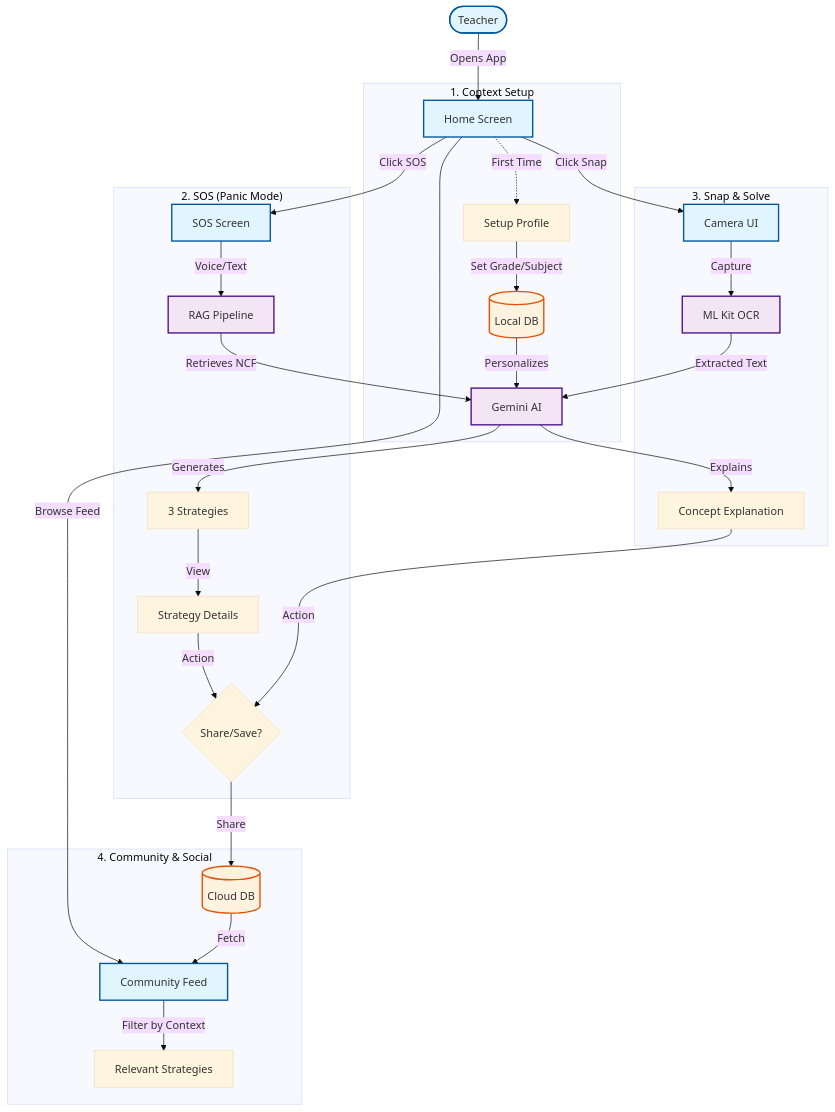
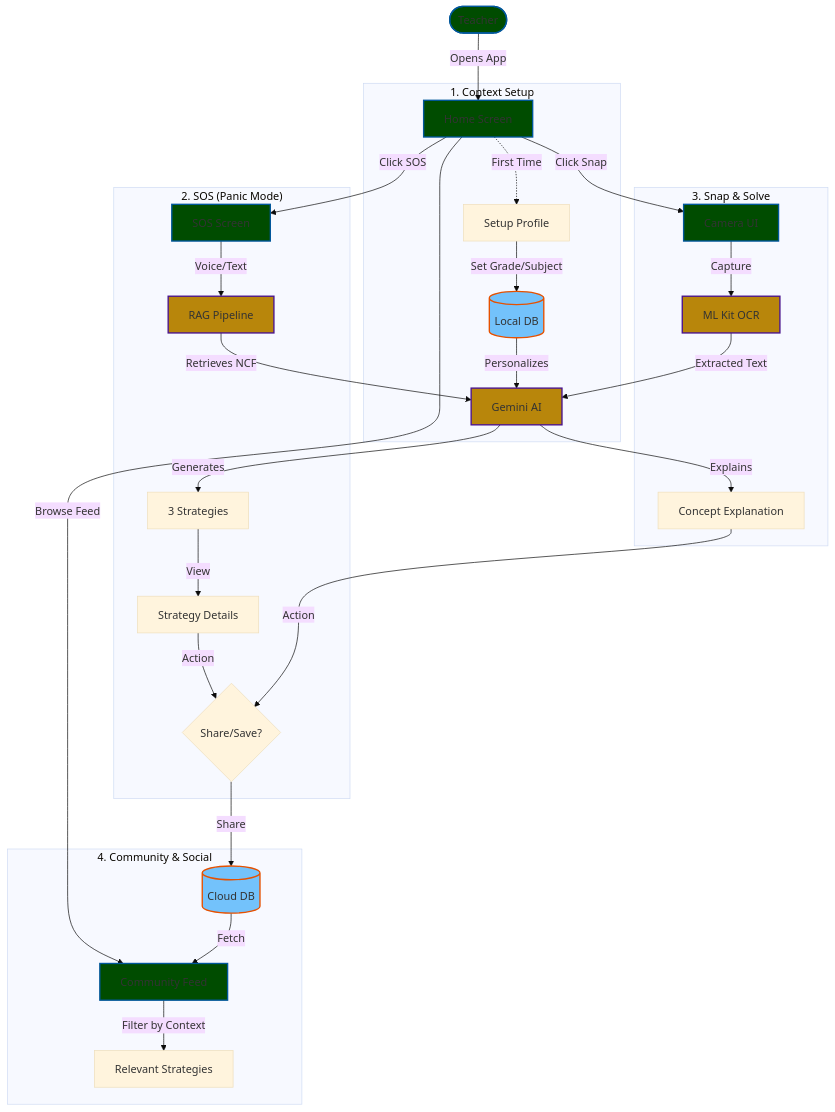
Before and after one commit to rocksolid911/siksha_sathi_siksha_lokam_hackathon: the second of 2 diagrams in README.md, drawn with Mermaid (base theme).

Commit message:
Update styling definitions in README.md

````diff
--- a/README.md
+++ b/README.md
@@ -81,51 +81,51 @@
 ```mermaid
 graph TD
     %% Actors
     Teacher([Teacher])
     
     %% Core Inputs
     Teacher -->|Opens App| Home[Home Screen]
     
     %% Context Flow
     subgraph "1. Context Setup"
         Home -.->|First Time| Setup[Setup Profile]
         Setup -->|Set Grade/Subject| ContextDB[(Local DB)]
         ContextDB -->|Personalizes| AI_Engine
     end
     
     %% SOS Flow
     subgraph "2. SOS (Panic Mode)"
         Home -->|Click SOS| SOS_UI[SOS Screen]
         SOS_UI -->|Voice/Text| RAG_System[RAG Pipeline]
         RAG_System -->|Retrieves NCF| AI_Engine[Gemini AI]
         AI_Engine -->|Generates| Strategies[3 Strategies]
         Strategies -->|View| ViewStrat[Strategy Details]
         ViewStrat -->|Action| ShareOrSave{Share/Save?}
     end
     
     %% Snap Flow
     subgraph "3. Snap & Solve"
         Home -->|Click Snap| Camera[Camera UI]
         Camera -->|Capture| OCR[ML Kit OCR]
         OCR -->|Extracted Text| AI_Engine
         AI_Engine -->|Explains| Solution[Concept Explanation]
         Solution -->|Action| ShareOrSave
     end
     
     %% Social Flow
     subgraph "4. Community & Social"
         ShareOrSave -->|Share| BackendDB[(Cloud DB)]
         Home -->|Browse Feed| Feed[Community Feed]
         BackendDB -->|Fetch| Feed
         Feed -->|Filter by Context| Filtered[Relevant Strategies]
     end
     
     %% Styling
-    classDef primary fill:#e1f5fe,stroke:#01579b,stroke-width:2px;
-    classDef ai fill:#f3e5f5,stroke:#4a148c,stroke-width:2px;
-    classDef data fill:#fff3e0,stroke:#e65100,stroke-width:2px;
+    classDef primary fill:#004c00,stroke:#01579b,stroke-width:2px;
+    classDef ai fill:#b8860b,stroke:#4a148c,stroke-width:2px;
+    classDef data fill:#73c2fb,stroke:#e65100,stroke-width:2px;
     
     class Teacher,Home,SOS_UI,Camera,Feed primary;
     class AI_Engine,RAG_System,OCR ai;
     class ContextDB,BackendDB data;
 ```
````
